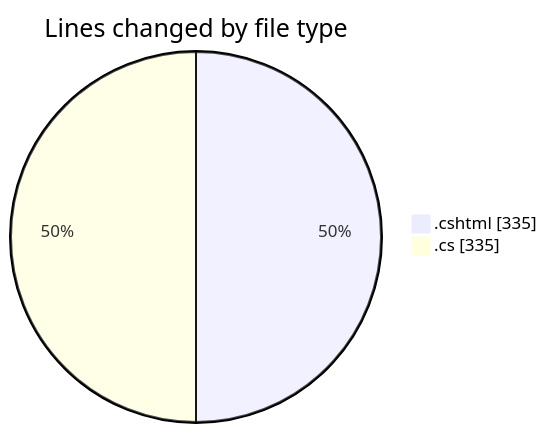
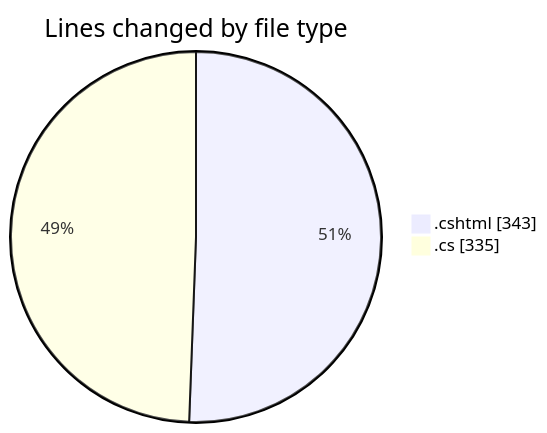
One commit to lephambinh05/code-tracking changed the first of 2 diagrams in 2025-07-17/nhahang/README.md. Above: the diagram before and after it, drawn with Mermaid. The commit also changed other lines of this file and 1 other file, not shown here.

````diff
--- a/2025-07-17/nhahang/README.md
+++ b/2025-07-17/nhahang/README.md
@@ -31,6 +31,6 @@
 ```mermaid
 pie showData
 title Lines changed by file type
-".cshtml" : 335
+".cshtml" : 343
 ".cs" : 335
 ```
````
